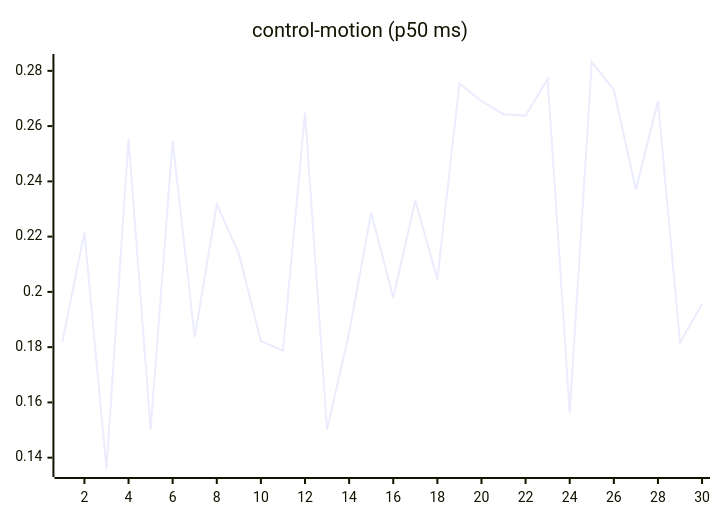
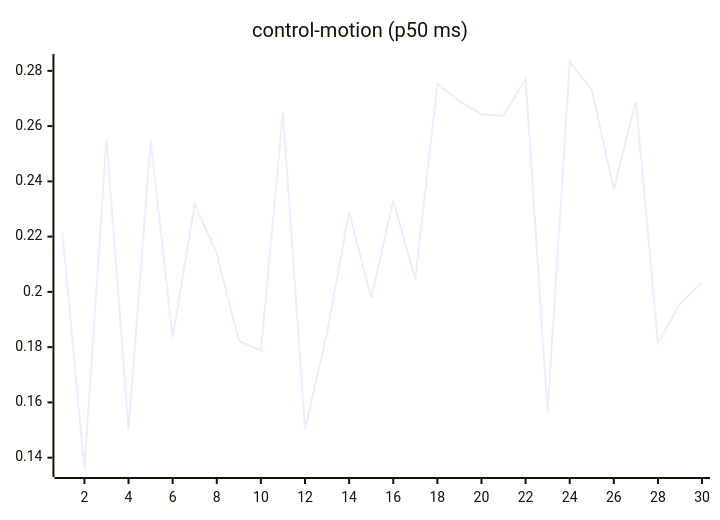
Before and after one commit to josha/Facet: the seventh of 27 diagrams in README.md, drawn with Mermaid. The commit also changed other lines of this file and 2 other files, not shown here.

````diff
--- a/README.md
+++ b/README.md
@@ -105,6 +105,6 @@
 ```mermaid
 xychart-beta
     title "control-motion (p50 ms)"
     x-axis 1 --> 30
-    line [0.1818, 0.2215, 0.1359, 0.2555, 0.1502, 0.2547, 0.1836, 0.2317, 0.2139, 0.1822, 0.1787, 0.2649, 0.1502, 0.1852, 0.2287, 0.1979, 0.2331, 0.2045, 0.2754, 0.2690, 0.2643, 0.2638, 0.2771, 0.1563, 0.2832, 0.2731, 0.2370, 0.2690, 0.1816, 0.1957]
+    line [0.2215, 0.1359, 0.2555, 0.1502, 0.2547, 0.1836, 0.2317, 0.2139, 0.1822, 0.1787, 0.2649, 0.1502, 0.1852, 0.2287, 0.1979, 0.2331, 0.2045, 0.2754, 0.2690, 0.2643, 0.2638, 0.2771, 0.1563, 0.2832, 0.2731, 0.2370, 0.2690, 0.1816, 0.1957, 0.2034]
 ```
````
